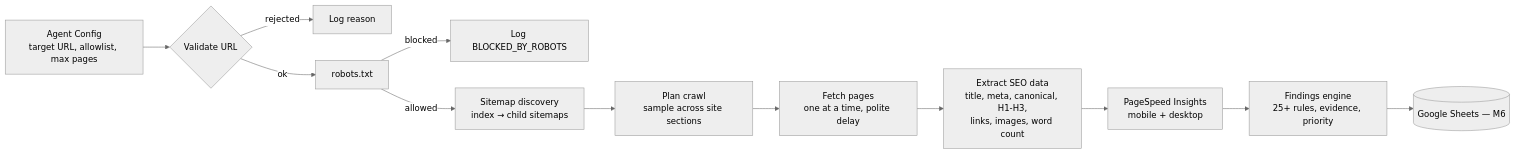
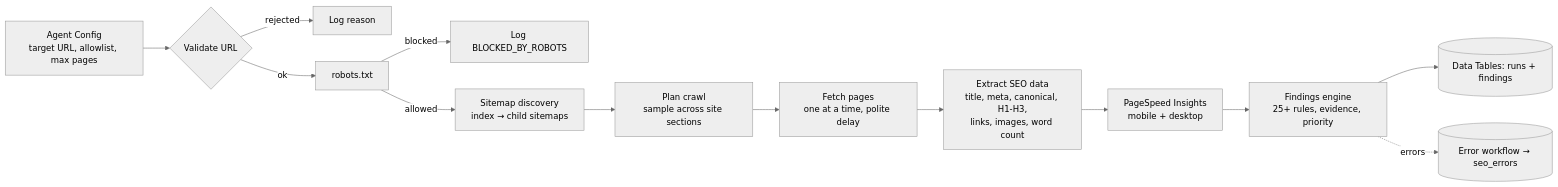
One commit to sakter2618-maker/n8n-seo-growth-agent changed the diagram in README.md. Above: the diagram before and after it, drawn with Mermaid (neutral theme). The commit also changed other lines of this file and 1 other file, not shown here.

First line of the commit message:
Daily schedule, Data Table storage and error workflow

````diff
--- a/README.md
+++ b/README.md
@@ -17,14 +18,15 @@
 ```mermaid
 flowchart LR
   A[Agent Config<br/>target URL, allowlist, max pages] --> B{Validate URL}
   B -- rejected --> X[Log reason]
   B -- ok --> C[robots.txt]
   C -- blocked --> Y[Log BLOCKED_BY_ROBOTS]
   C -- allowed --> D[Sitemap discovery<br/>index → child sitemaps]
   D --> E[Plan crawl<br/>sample across site sections]
   E --> F[Fetch pages<br/>one at a time, polite delay]
   F --> G[Extract SEO data<br/>title, meta, canonical, H1-H3,<br/>links, images, word count]
   G --> H[PageSpeed Insights<br/>mobile + desktop]
   H --> I[Findings engine<br/>25+ rules, evidence, priority]
-  I --> J[(Google Sheets — M6)]
+  I --> J[(Data Tables: runs + findings)]
+  I -. errors .-> K[(Error workflow → seo_errors)]
 ```
````
